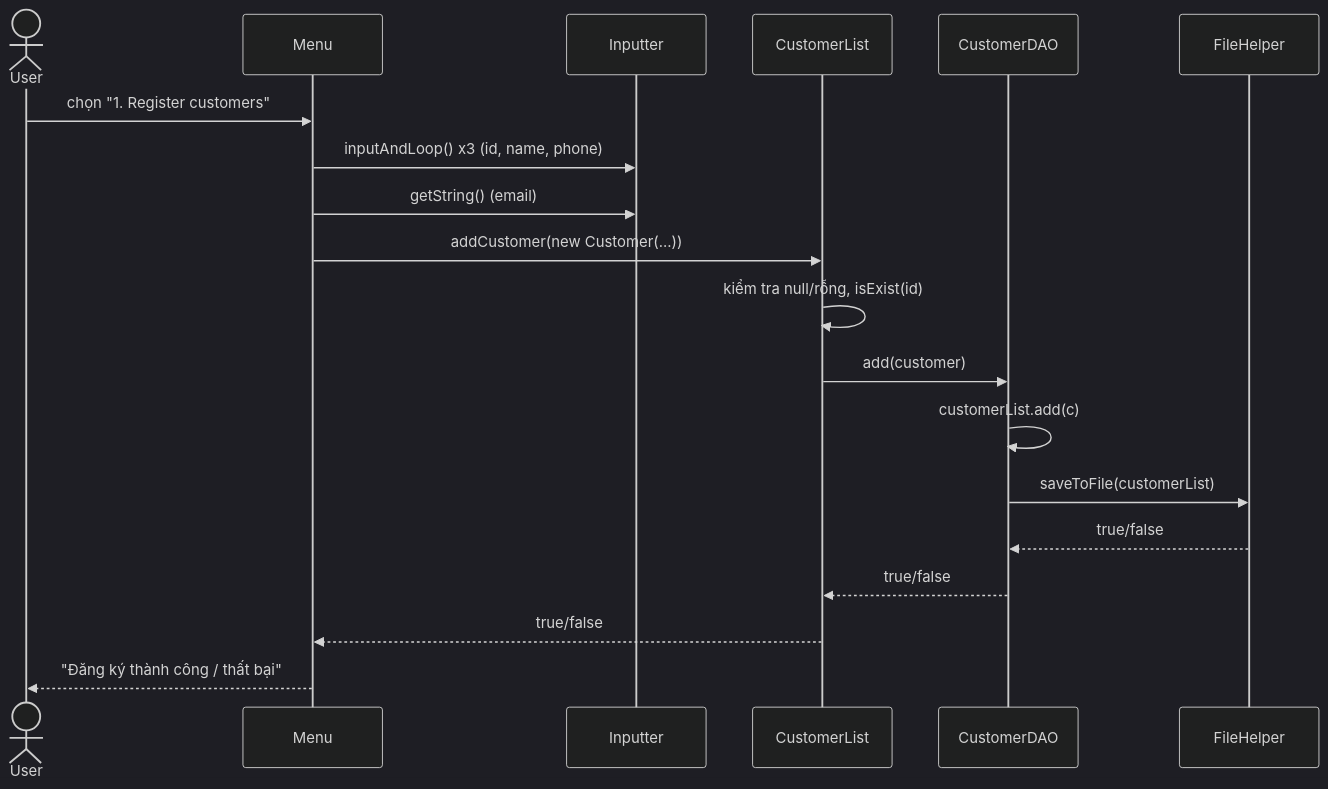
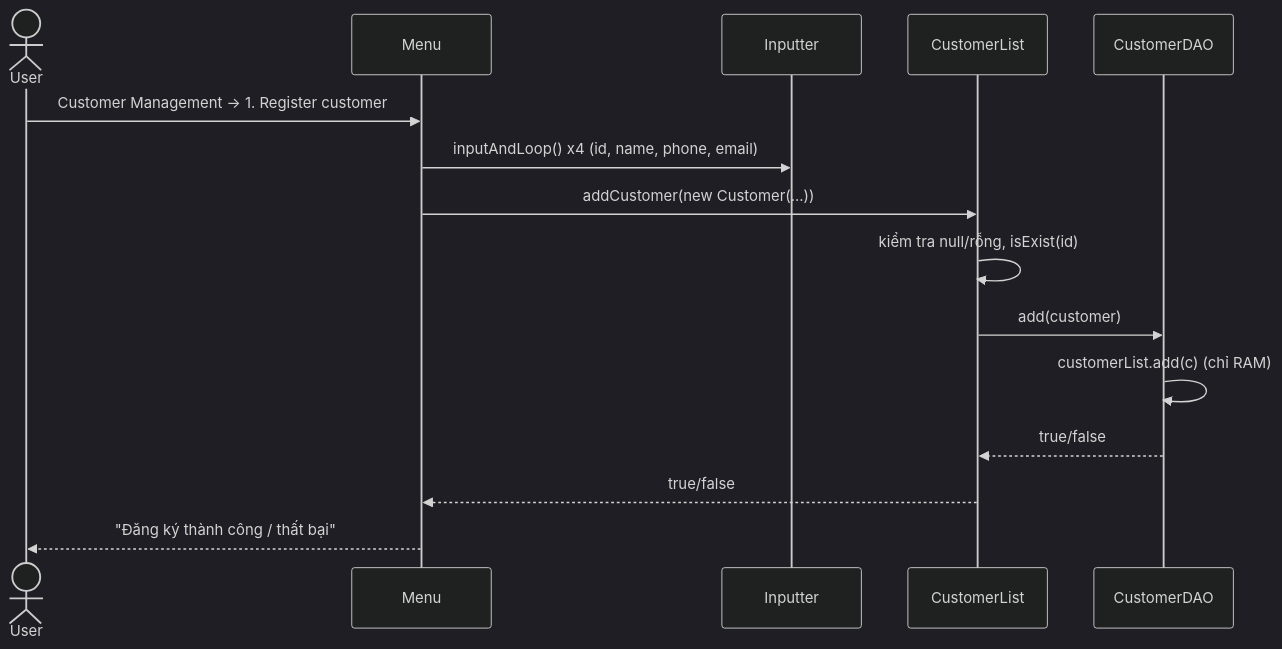
The first of 3 diagrams in README.md (anhkhoa1101/TRADITIONAL-FEAST-ORDER-MANAGEMENT), drawn with Mermaid (dark theme) before and after one commit. The commit also changed other lines of this file and 13 other files, not shown here.

````diff
--- a/README.md
+++ b/README.md
@@ -202,22 +251,18 @@
 ```mermaid
 sequenceDiagram
     actor User
     participant Menu
     participant Inputter
     participant CustomerList
     participant CustomerDAO
-    participant FileHelper
 
-    User->>Menu: chọn "1. Register customers"
-    Menu->>Inputter: inputAndLoop() x3 (id, name, phone)
-    Menu->>Inputter: getString() (email)
+    User->>Menu: Customer Management → 1. Register customer
+    Menu->>Inputter: inputAndLoop() x4 (id, name, phone, email)
     Menu->>CustomerList: addCustomer(new Customer(...))
     CustomerList->>CustomerList: kiểm tra null/rỗng, isExist(id)
     CustomerList->>CustomerDAO: add(customer)
-    CustomerDAO->>CustomerDAO: customerList.add(c)
-    CustomerDAO->>FileHelper: saveToFile(customerList)
-    FileHelper-->>CustomerDAO: true/false
+    CustomerDAO->>CustomerDAO: customerList.add(c)  (chỉ RAM)
     CustomerDAO-->>CustomerList: true/false
     CustomerList-->>Menu: true/false
     Menu-->>User: "Đăng ký thành công / thất bại"
 ```
````
